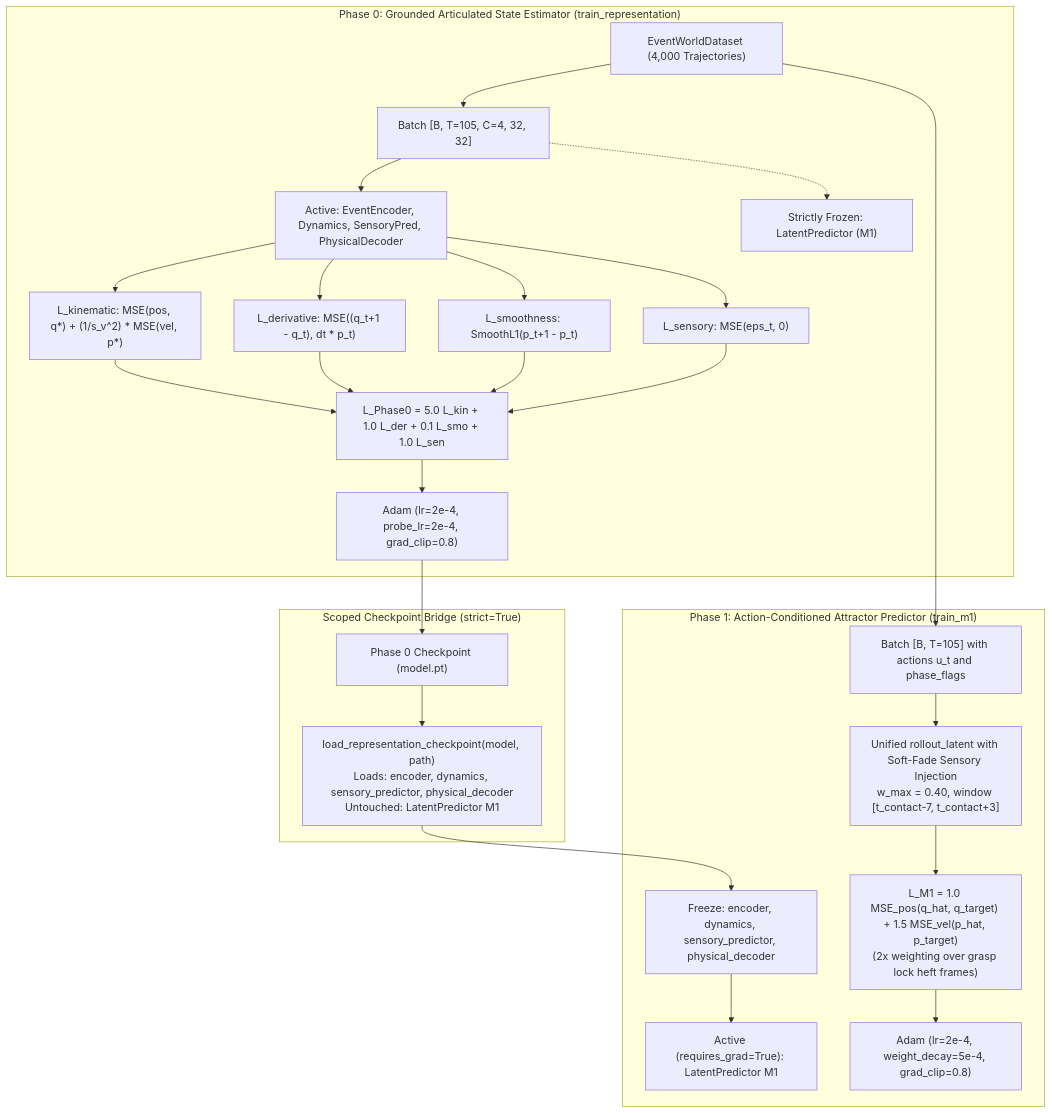
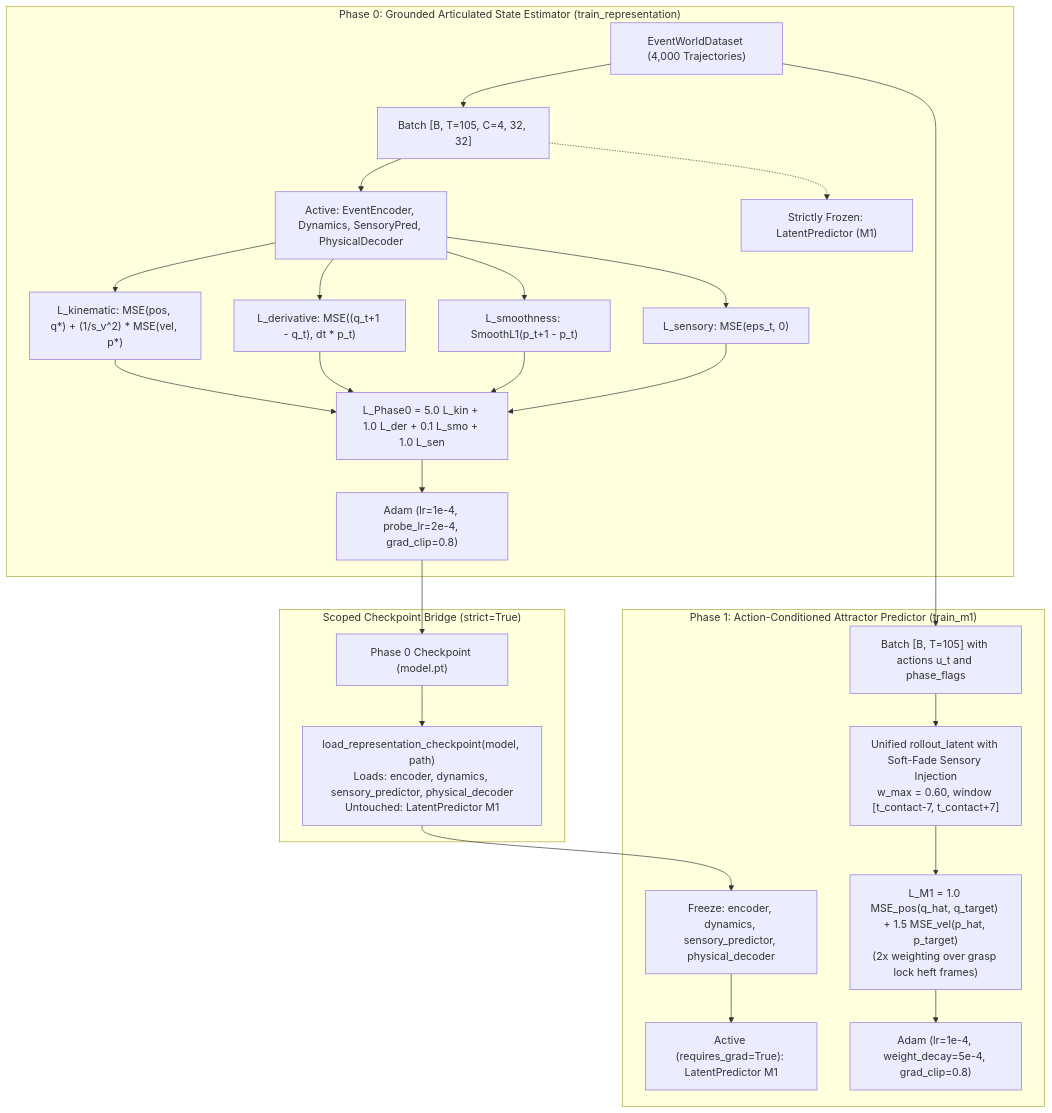
Before and after one commit to Mattia-Maiorano/Spiking-Neural_Novelty: the third of 6 diagrams in docs/DOSSIER.md, drawn with Mermaid. The commit also changed other lines of this file and 423 other files, not shown here.

````diff
--- a/docs/DOSSIER.md
+++ b/docs/DOSSIER.md
@@ -248,28 +248,28 @@
 ```mermaid
 flowchart TD
     subgraph Phase0["Phase 0: Grounded Articulated State Estimator (train_representation)"]
         D0["EventWorldDataset (4,000 Trajectories)"] --> B0["Batch [B, T=105, C=4, 32, 32]"]
         B0 --> Mod0["Active: EventEncoder, Dynamics, SensoryPred, PhysicalDecoder"]
         B0 -.-> FrozenM1["Strictly Frozen: LatentPredictor (M1)"]
         Mod0 --> L_kin["L_kinematic: MSE(pos, q*) + (1/s_v^2) * MSE(vel, p*)"]
         Mod0 --> L_der["L_derivative: MSE((q_t+1 - q_t), dt * p_t)"]
         Mod0 --> L_smo["L_smoothness: SmoothL1(p_t+1 - p_t)"]
         Mod0 --> L_sen["L_sensory: MSE(eps_t, 0)"]
         L_kin & L_der & L_smo & L_sen --> Loss0["L_Phase0 = 5.0 L_kin + 1.0 L_der + 0.1 L_smo + 1.0 L_sen"]
-        Loss0 --> Opt0["Adam (lr=2e-4, probe_lr=2e-4, grad_clip=0.8)"]
+        Loss0 --> Opt0["Adam (lr=1e-4, probe_lr=2e-4, grad_clip=0.8)"]
     end
 
     subgraph CheckpointBridge["Scoped Checkpoint Bridge (strict=True)"]
         Opt0 --> Save0["Phase 0 Checkpoint (model.pt)"]
         Save0 --> Load0["load_representation_checkpoint(model, path)\nLoads: encoder, dynamics, sensory_predictor, physical_decoder\nUntouched: LatentPredictor M1"]
     end
 
     subgraph Phase1["Phase 1: Action-Conditioned Attractor Predictor (train_m1)"]
         Load0 --> Init1["Freeze: encoder, dynamics, sensory_predictor, physical_decoder"]
         Init1 --> ActiveM1["Active (requires_grad=True): LatentPredictor M1"]
         D0 --> B1["Batch [B, T=105] with actions u_t and phase_flags"]
-        B1 --> RolloutEng["Unified rollout_latent with Soft-Fade Sensory Injection\nw_max = 0.40, window [t_contact-7, t_contact+3]"]
+        B1 --> RolloutEng["Unified rollout_latent with Soft-Fade Sensory Injection\nw_max = 0.60, window [t_contact-7, t_contact+7]"]
         RolloutEng --> Loss1["L_M1 = 1.0 MSE_pos(q_hat, q_target) + 1.5 MSE_vel(p_hat, p_target)\n(2x weighting over grasp lock heft frames)"]
-        Loss1 --> Opt1["Adam (lr=2e-4, weight_decay=5e-4, grad_clip=0.8)"]
+        Loss1 --> Opt1["Adam (lr=1e-4, weight_decay=5e-4, grad_clip=0.8)"]
     end
 ```
````
